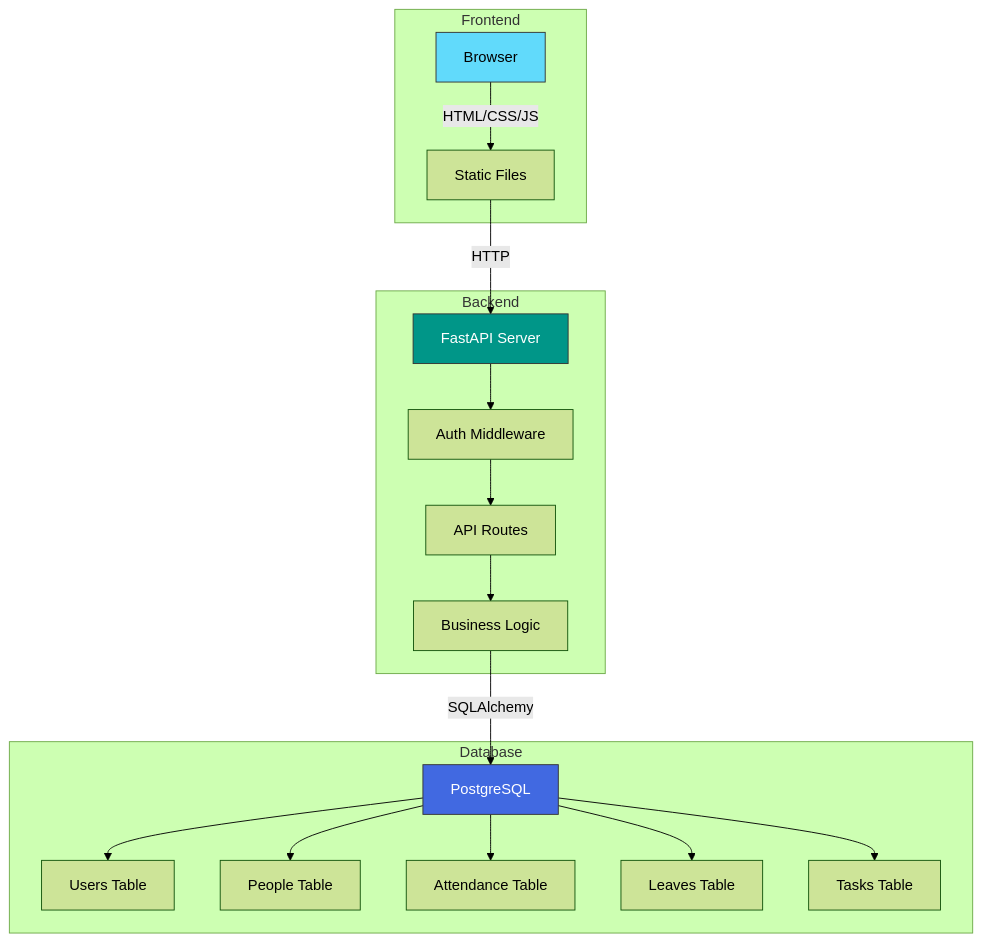
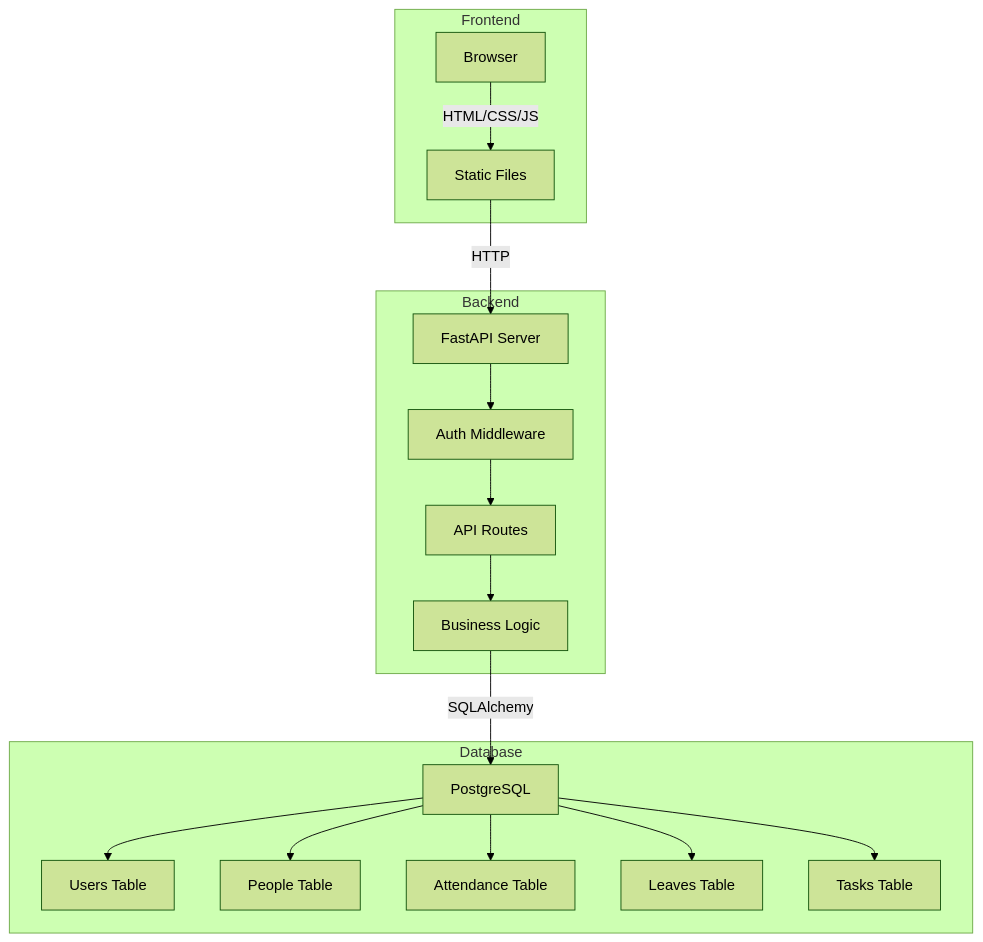
The first of 4 diagrams in README.md (vegapunk-io/ATS), drawn with Mermaid (forest theme) before and after one commit. The commit also changed other lines of this file, not shown here.

````diff
--- a/README.md
+++ b/README.md
@@ -79,27 +81,23 @@
 ```mermaid
 graph TB
-    subgraph "Frontend"
+    subgraph Frontend
         A[Browser] -->|HTML/CSS/JS| B[Static Files]
     end
     
-    subgraph "Backend"
+    subgraph Backend
         C[FastAPI Server] --> D[Auth Middleware]
         D --> E[API Routes]
         E --> F[Business Logic]
     end
     
-    subgraph "Database"
+    subgraph Database
         G[PostgreSQL] --> H[Users Table]
         G --> I[People Table]
         G --> J[Attendance Table]
         G --> K[Leaves Table]
         G --> L[Tasks Table]
     end
     
     B -->|HTTP| C
     F -->|SQLAlchemy| G
-    
-    style A fill:#61dafb,stroke:#333,color:#000
-    style C fill:#009688,stroke:#333,color:#fff
-    style G fill:#4169E1,stroke:#333,color:#fff
 ```
````
